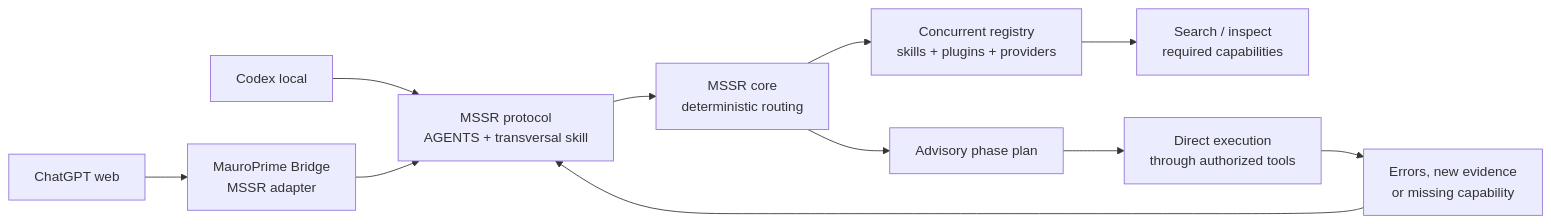
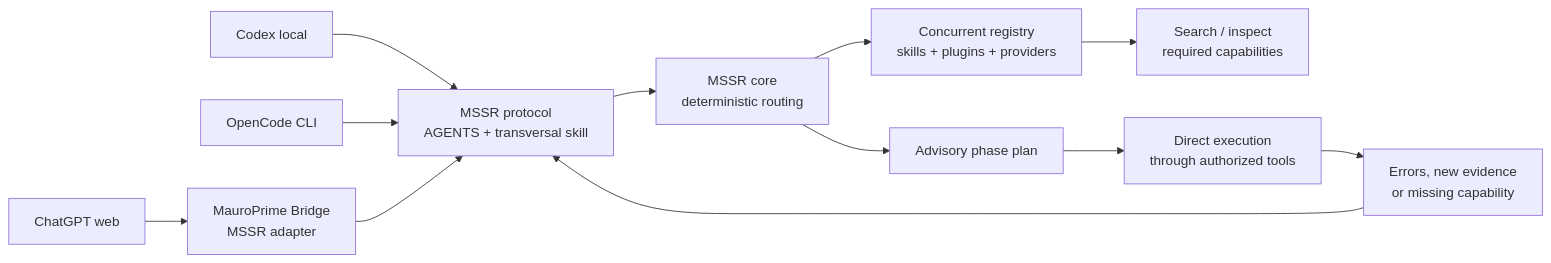
One commit to mauro3422/mssr changed the diagram in README.md. Above: the diagram before and after it, drawn with Mermaid. The commit also changed other lines of this file and 12 other files, not shown here.

Commit message:
fix: harden OpenCode telemetry and audit gates

````diff
--- a/README.md
+++ b/README.md
@@ -31,13 +31,14 @@
 ```mermaid
 flowchart LR
     C["Codex local"] --> P["MSSR protocol<br/>AGENTS + transversal skill"]
+    O["OpenCode CLI"] --> P
     W["ChatGPT web"] --> B["MauroPrime Bridge<br/>MSSR adapter"]
     B --> P
     P --> M["MSSR core<br/>deterministic routing"]
     M --> R["Concurrent registry<br/>skills + plugins + providers"]
     R --> S["Search / inspect<br/>required capabilities"]
     M --> A["Advisory phase plan"]
     A --> X["Direct execution<br/>through authorized tools"]
     X --> E["Errors, new evidence<br/>or missing capability"]
     E --> P
 ```
````
